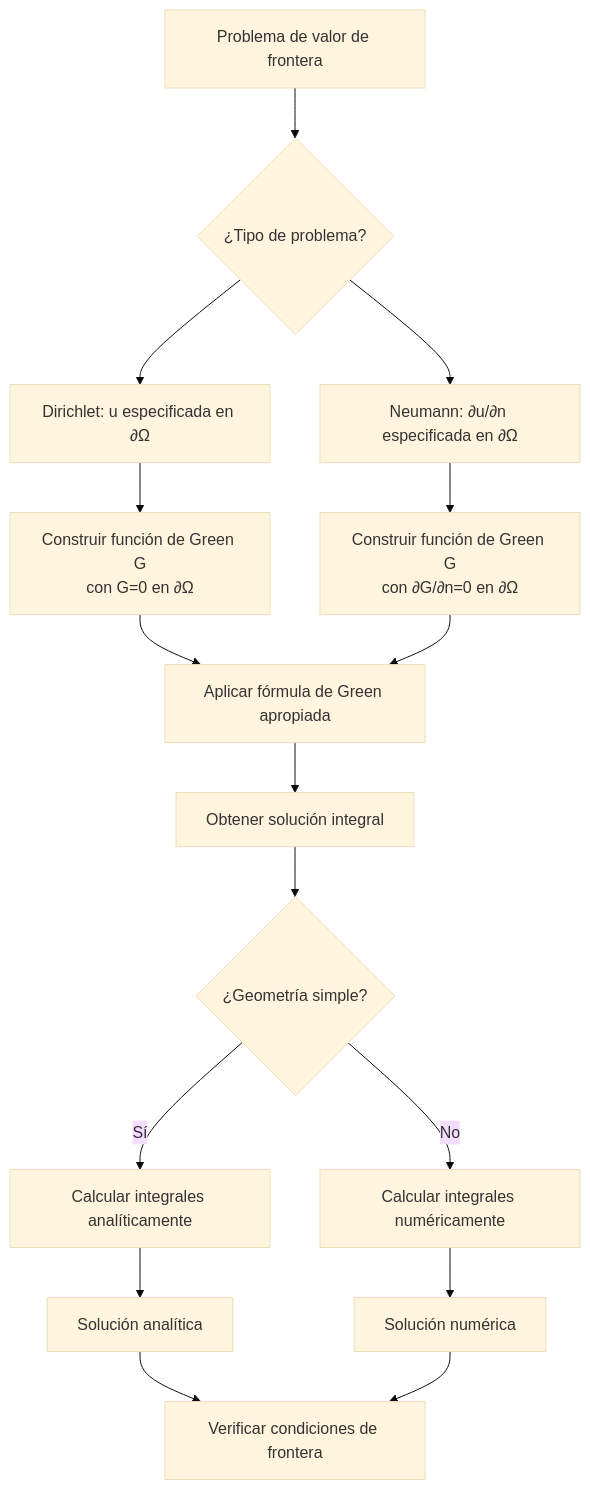
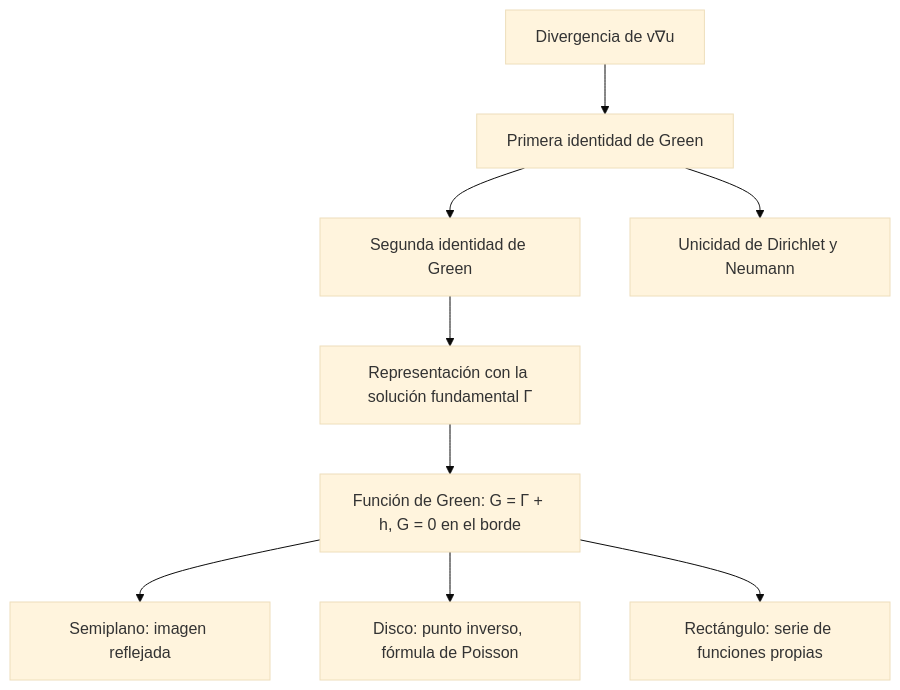
The diagram in public/documents/semester-4/3/4384.md (djaimej/computer-science-template), drawn with Mermaid (base theme) before and after one commit. The commit also changed other lines of this file and 4 other files, not shown here.

````diff
--- a/public/documents/semester-4/3/4384.md
+++ b/public/documents/semester-4/3/4384.md
@@ -65,24 +70,11 @@
 ```mermaid
 flowchart TD
-    A[Problema de valor de frontera] --> B{¿Tipo de problema?}
-    B --> C[Dirichlet: u especificada en ∂Ω]
-    B --> D[Neumann: ∂u/∂n especificada en ∂Ω]
-
-    C --> E[Construir función de Green G<br>con G=0 en ∂Ω]
-    D --> F[Construir función de Green G<br>con ∂G/∂n=0 en ∂Ω]
-
-    E --> G[Aplicar fórmula de Green apropiada]
-    F --> G
-
-    G --> H[Obtener solución integral]
-
-    H --> I{¿Geometría simple?}
-    I -->|Sí| J[Calcular integrales analíticamente]
-    I -->|No| K[Calcular integrales numéricamente]
-
-    J --> L[Solución analítica]
-    K --> M[Solución numérica]
-
-    L --> N[Verificar condiciones de frontera]
-    M --> N
+    A["Divergencia de v∇u"] --> B["Primera identidad de Green"]
+    B --> C["Segunda identidad de Green"]
+    B --> D["Unicidad de Dirichlet y Neumann"]
+    C --> E["Representación con la solución fundamental Γ"]
+    E --> F["Función de Green: G = Γ + h, G = 0 en el borde"]
+    F --> G["Semiplano: imagen reflejada"]
+    F --> H["Disco: punto inverso, fórmula de Poisson"]
+    F --> I["Rectángulo: serie de funciones propias"]
 ```
````
